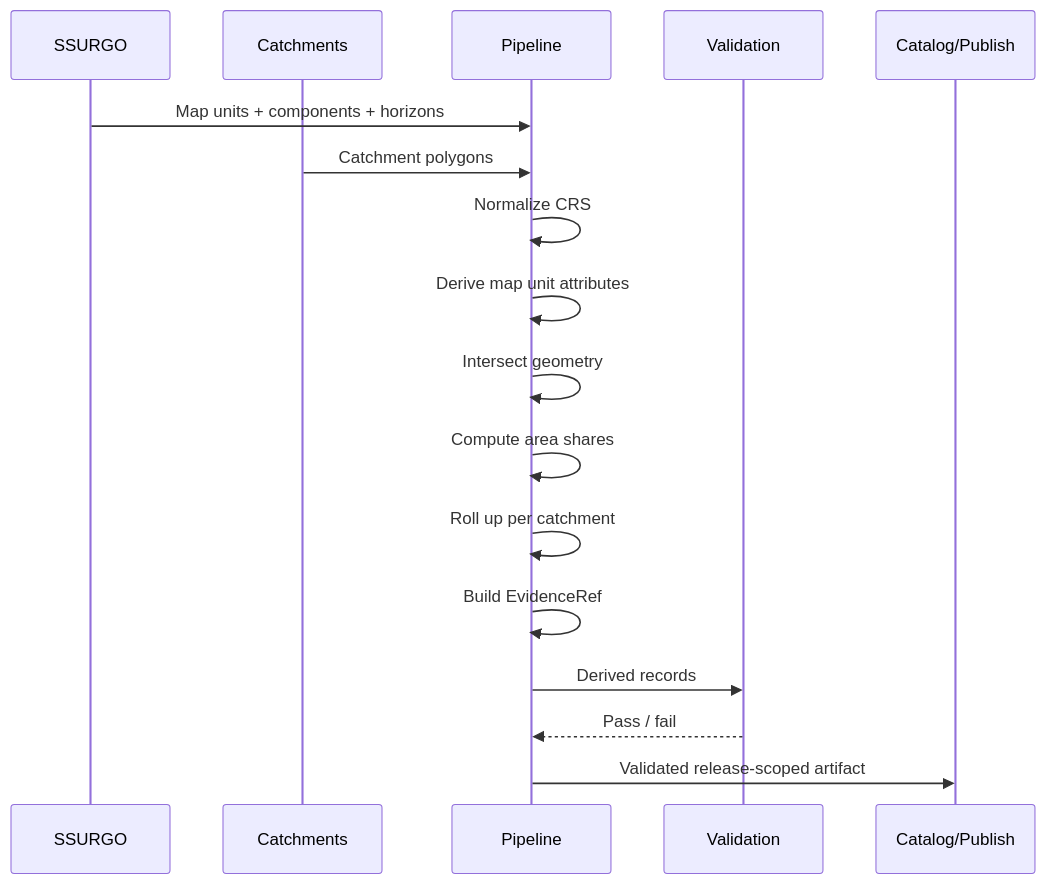
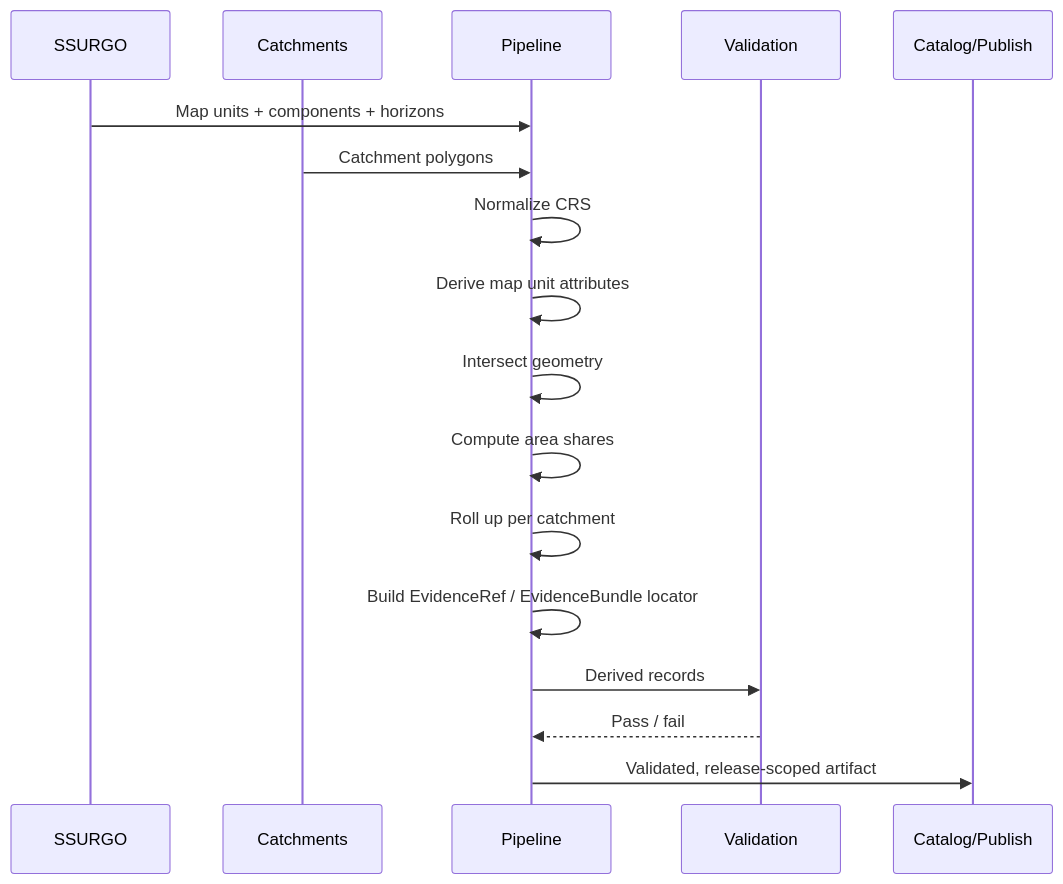
One commit to bartytime4life/Kansas-Frontier-Matrix changed the second of 2 diagrams in docs/pipelines/ssurgo_to_catchment.md. Above: the diagram before and after it, drawn with Mermaid. The commit also changed other lines of this file, not shown here.

````diff
--- a/docs/pipelines/ssurgo_to_catchment.md
+++ b/docs/pipelines/ssurgo_to_catchment.md
@@ -500,20 +798,20 @@
 ```mermaid
 sequenceDiagram
     participant S as SSURGO
     participant H as Catchments
     participant P as Pipeline
     participant V as Validation
     participant C as Catalog/Publish
 
     S->>P: Map units + components + horizons
     H->>P: Catchment polygons
     P->>P: Normalize CRS
     P->>P: Derive map unit attributes
     P->>P: Intersect geometry
     P->>P: Compute area shares
     P->>P: Roll up per catchment
-    P->>P: Build EvidenceRef
+    P->>P: Build EvidenceRef / EvidenceBundle locator
     P->>V: Derived records
     V-->>P: Pass / fail
-    P->>C: Validated release-scoped artifact
+    P->>C: Validated, release-scoped artifact
 ```
````
